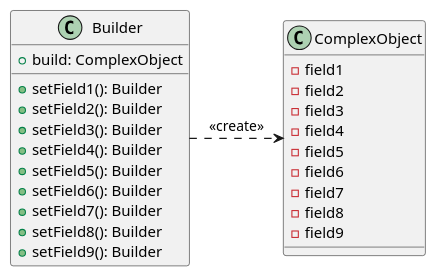
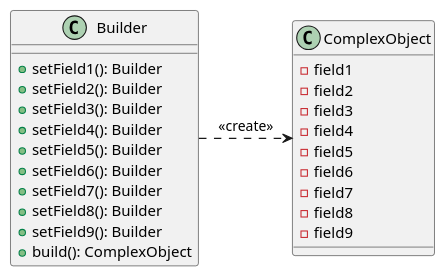
Before and after one commit to nl253/Notes: the diagram in Software-Engineering/System-Design/Design-Patterns/builder.puml, drawn with PlantUML. The commit also changed 308 other files, not shown here.

```diff
--- a/Software-Engineering/System-Design/Design-Patterns/builder.puml
+++ b/Software-Engineering/System-Design/Design-Patterns/builder.puml
@@ -1,30 +1,30 @@
 @startuml
 
 class ComplexObject {
   - field1
   - field2
   - field3
   - field4
   - field5
   - field6
   - field7
   - field8
   - field9
 }
 
 class Builder {
   + setField1(): Builder
   + setField2(): Builder
   + setField3(): Builder
   + setField4(): Builder
   + setField5(): Builder
   + setField6(): Builder
   + setField7(): Builder
   + setField8(): Builder
   + setField9(): Builder
-  + build: ComplexObject
+  + build(): ComplexObject
 }
 
 Builder .> ComplexObject: << create >>
 
 @enduml
```
